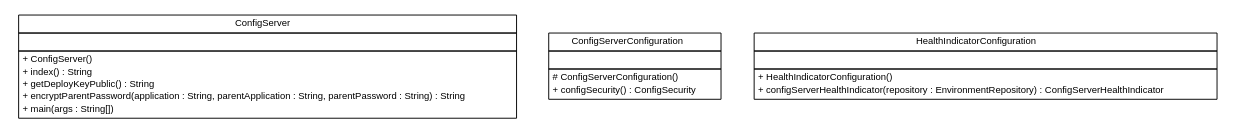
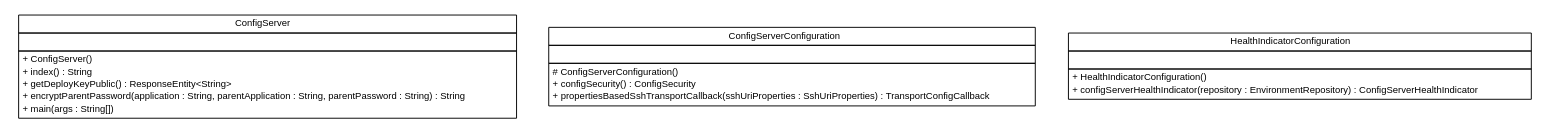
The diagram in snapshot/build-docker/maven-build-java8/spring-cloud-config/spring-cloud-config-server/apidocs/cn/home1/cloud/config/server/cn.home1.cloud.config.server.dot (sfeng9d/spring-cloud-config), drawn with Graphviz before and after one commit. The commit also changed 149 other files, not shown here.

Commit message:
Creating site for spring-cloud-config-server-0.0.1-SNAPSHOT

```diff
--- a/snapshot/build-docker/maven-build-java8/spring-cloud-config/spring-cloud-config-server/apidocs/cn/home1/cloud/config/server/cn.home1.cloud.config.server.dot
+++ b/snapshot/build-docker/maven-build-java8/spring-cloud-config/spring-cloud-config-server/apidocs/cn/home1/cloud/config/server/cn.home1.cloud.config.server.dot
@@ -1,54 +1,55 @@
 #!/usr/local/bin/dot
 #
 # Class diagram 
 # Generated by UMLGraph version R5_6-24-gf6e263 (http://www.umlgraph.org/)
 #
 
 digraph G {
 	edge [fontname="Helvetica",fontsize=10,labelfontname="Helvetica",labelfontsize=10];
 	node [fontname="Helvetica",fontsize=10,shape=plaintext];
 	nodesep=0.25;
 	ranksep=0.5;
 	// cn.home1.cloud.config.server.ConfigServer
-	c62 [label=<<table title="cn.home1.cloud.config.server.ConfigServer" border="0" cellborder="1" cellspacing="0" cellpadding="2" port="p" href="./ConfigServer.html">
+	c59 [label=<<table title="cn.home1.cloud.config.server.ConfigServer" border="0" cellborder="1" cellspacing="0" cellpadding="2" port="p" href="./ConfigServer.html">
 		<tr><td><table border="0" cellspacing="0" cellpadding="1">
 <tr><td align="center" balign="center"> ConfigServer </td></tr>
 		</table></td></tr>
 		<tr><td><table border="0" cellspacing="0" cellpadding="1">
 <tr><td align="left" balign="left">  </td></tr>
 		</table></td></tr>
 		<tr><td><table border="0" cellspacing="0" cellpadding="1">
 <tr><td align="left" balign="left"> + ConfigServer() </td></tr>
 <tr><td align="left" balign="left"> + index() : String </td></tr>
-<tr><td align="left" balign="left"> + getDeployKeyPublic() : String </td></tr>
+<tr><td align="left" balign="left"> + getDeployKeyPublic() : ResponseEntity&lt;String&gt; </td></tr>
 <tr><td align="left" balign="left"> + encryptParentPassword(application : String, parentApplication : String, parentPassword : String) : String </td></tr>
 <tr><td align="left" balign="left"> + main(args : String[]) </td></tr>
 		</table></td></tr>
 		</table>>, URL="./ConfigServer.html", fontname="Helvetica", fontcolor="black", fontsize=10.0];
 	// cn.home1.cloud.config.server.ConfigServer.ConfigServerConfiguration
-	c63 [label=<<table title="cn.home1.cloud.config.server.ConfigServer.ConfigServerConfiguration" border="0" cellborder="1" cellspacing="0" cellpadding="2" port="p" href="./ConfigServer.ConfigServerConfiguration.html">
+	c60 [label=<<table title="cn.home1.cloud.config.server.ConfigServer.ConfigServerConfiguration" border="0" cellborder="1" cellspacing="0" cellpadding="2" port="p" href="./ConfigServer.ConfigServerConfiguration.html">
 		<tr><td><table border="0" cellspacing="0" cellpadding="1">
 <tr><td align="center" balign="center"> ConfigServerConfiguration </td></tr>
 		</table></td></tr>
 		<tr><td><table border="0" cellspacing="0" cellpadding="1">
 <tr><td align="left" balign="left">  </td></tr>
 		</table></td></tr>
 		<tr><td><table border="0" cellspacing="0" cellpadding="1">
 <tr><td align="left" balign="left"> # ConfigServerConfiguration() </td></tr>
 <tr><td align="left" balign="left"> + configSecurity() : ConfigSecurity </td></tr>
+<tr><td align="left" balign="left"> + propertiesBasedSshTransportCallback(sshUriProperties : SshUriProperties) : TransportConfigCallback </td></tr>
 		</table></td></tr>
 		</table>>, URL="./ConfigServer.ConfigServerConfiguration.html", fontname="Helvetica", fontcolor="black", fontsize=10.0];
 	// cn.home1.cloud.config.server.ConfigServer.HealthIndicatorConfiguration
-	c64 [label=<<table title="cn.home1.cloud.config.server.ConfigServer.HealthIndicatorConfiguration" border="0" cellborder="1" cellspacing="0" cellpadding="2" port="p" href="./ConfigServer.HealthIndicatorConfiguration.html">
+	c61 [label=<<table title="cn.home1.cloud.config.server.ConfigServer.HealthIndicatorConfiguration" border="0" cellborder="1" cellspacing="0" cellpadding="2" port="p" href="./ConfigServer.HealthIndicatorConfiguration.html">
 		<tr><td><table border="0" cellspacing="0" cellpadding="1">
 <tr><td align="center" balign="center"> HealthIndicatorConfiguration </td></tr>
 		</table></td></tr>
 		<tr><td><table border="0" cellspacing="0" cellpadding="1">
 <tr><td align="left" balign="left">  </td></tr>
 		</table></td></tr>
 		<tr><td><table border="0" cellspacing="0" cellpadding="1">
 <tr><td align="left" balign="left"> + HealthIndicatorConfiguration() </td></tr>
 <tr><td align="left" balign="left"> + configServerHealthIndicator(repository : EnvironmentRepository) : ConfigServerHealthIndicator </td></tr>
 		</table></td></tr>
 		</table>>, URL="./ConfigServer.HealthIndicatorConfiguration.html", fontname="Helvetica", fontcolor="black", fontsize=10.0];
 }
```
